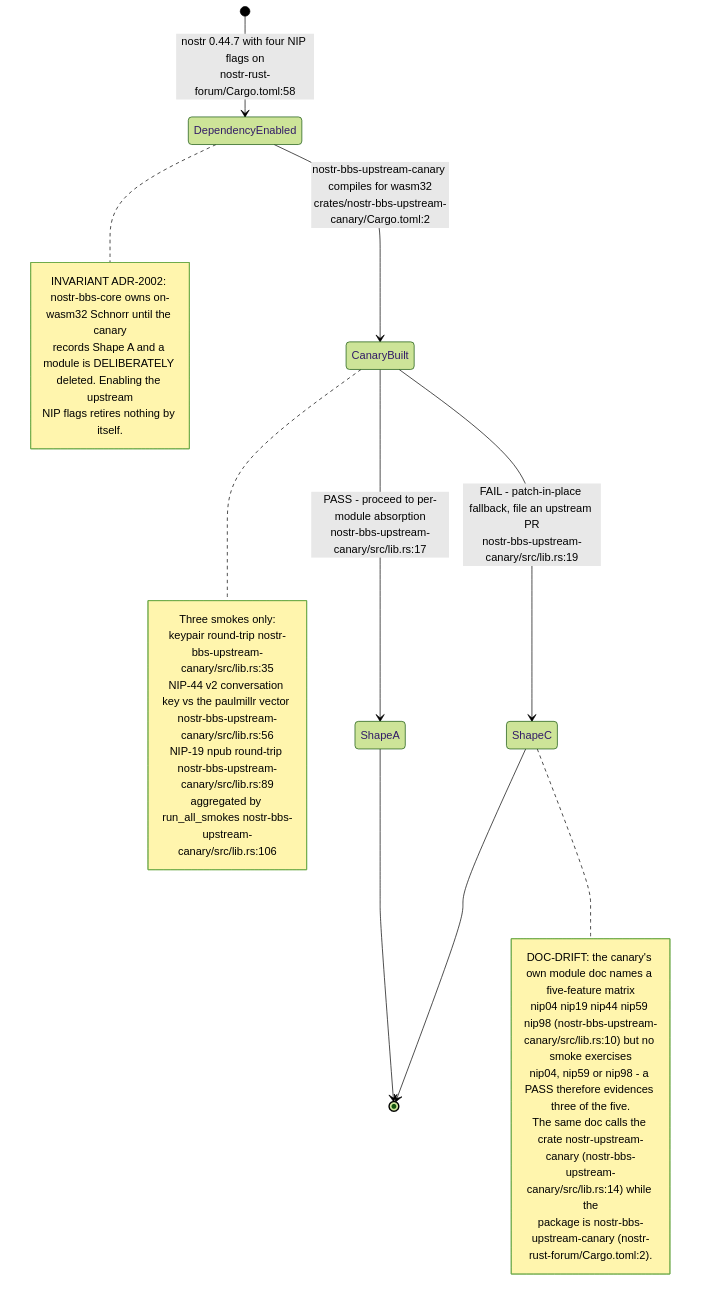
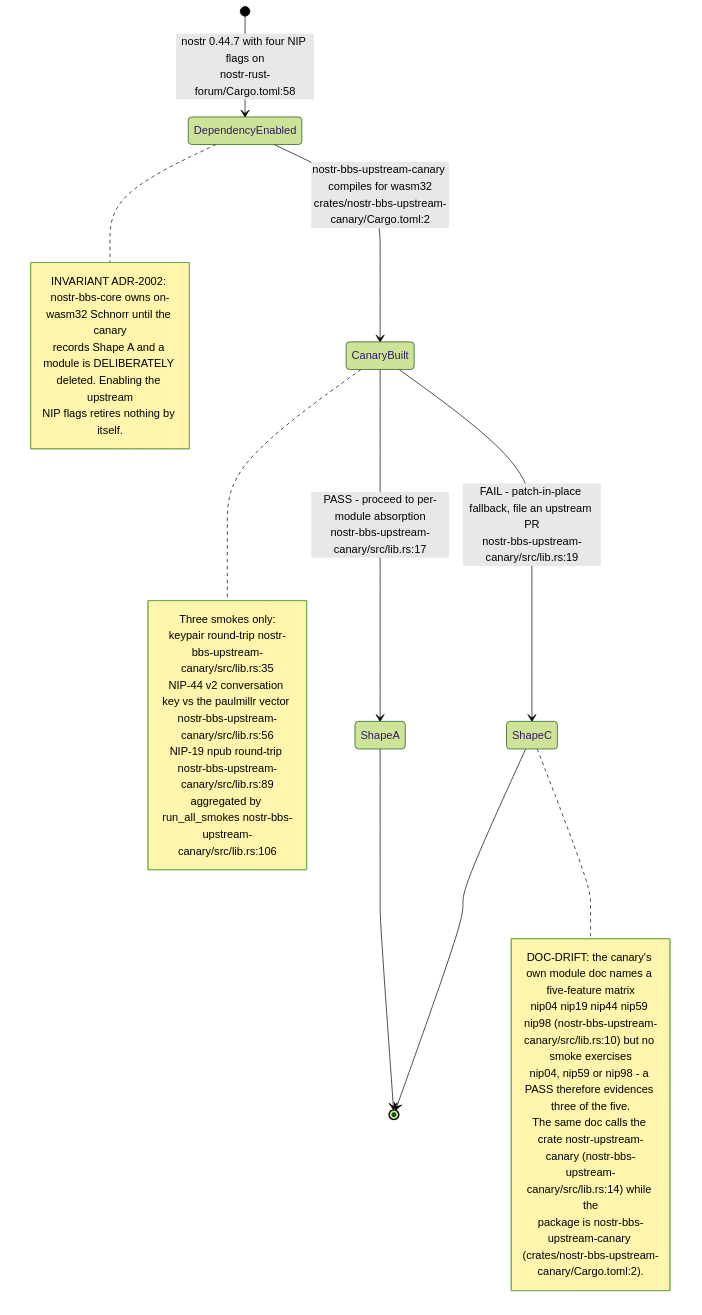
Before and after one commit to DreamLab-AI/VisionFlow: the fifth of 6 diagrams in docs/diagrams/nostr-rust-forum/01-workspace-and-worker-topology.md, drawn with Mermaid (forest theme). The commit also changed other lines of this file and 94 other files, not shown here.

First line of the commit message:
docs(diagrams): re-verify 130 topics against 2 October HEADs

````diff
--- a/docs/diagrams/nostr-rust-forum/01-workspace-and-worker-topology.md
+++ b/docs/diagrams/nostr-rust-forum/01-workspace-and-worker-topology.md
@@ -164,29 +164,29 @@
 ```mermaid
 stateDiagram-v2
     [*] --> DependencyEnabled: nostr 0.44.7 with four NIP flags on<br/>nostr-rust-forum/Cargo.toml:58
     DependencyEnabled --> CanaryBuilt: nostr-bbs-upstream-canary compiles for wasm32<br/>crates/nostr-bbs-upstream-canary/Cargo.toml:2
     CanaryBuilt --> ShapeA: PASS - proceed to per-module absorption<br/>nostr-bbs-upstream-canary/src/lib.rs:17
     CanaryBuilt --> ShapeC: FAIL - patch-in-place fallback, file an upstream PR<br/>nostr-bbs-upstream-canary/src/lib.rs:19
     ShapeA --> [*]
     ShapeC --> [*]
 
     note right of CanaryBuilt
         Three smokes only:
         keypair round-trip nostr-bbs-upstream-canary/src/lib.rs:35
         NIP-44 v2 conversation key vs the paulmillr vector nostr-bbs-upstream-canary/src/lib.rs:56
         NIP-19 npub round-trip nostr-bbs-upstream-canary/src/lib.rs:89
         aggregated by run_all_smokes nostr-bbs-upstream-canary/src/lib.rs:106
     end note
     note right of DependencyEnabled
         INVARIANT ADR-2002: nostr-bbs-core owns on-wasm32 Schnorr until the canary
         records Shape A and a module is DELIBERATELY deleted. Enabling the upstream
         NIP flags retires nothing by itself.
     end note
     note right of ShapeC
         DOC-DRIFT: the canary's own module doc names a five-feature matrix
         nip04 nip19 nip44 nip59 nip98 (nostr-bbs-upstream-canary/src/lib.rs:10) but no smoke exercises
         nip04, nip59 or nip98 - a PASS therefore evidences three of the five.
         The same doc calls the crate nostr-upstream-canary (nostr-bbs-upstream-canary/src/lib.rs:14) while the
-        package is nostr-bbs-upstream-canary (nostr-rust-forum/Cargo.toml:2).
+        package is nostr-bbs-upstream-canary (crates/nostr-bbs-upstream-canary/Cargo.toml:2).
     end note
 ```
````
